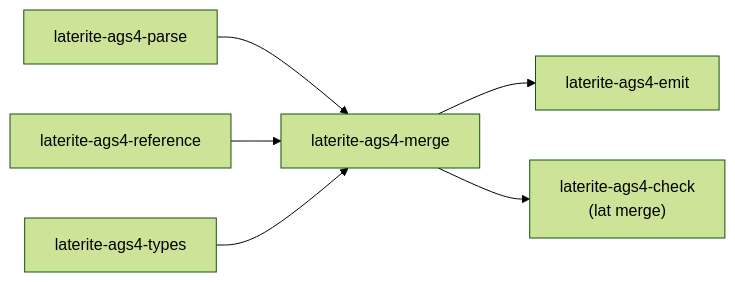
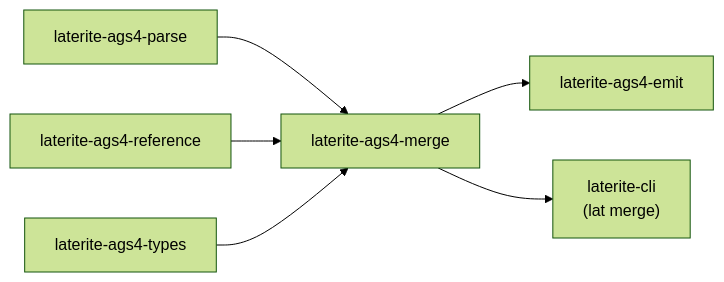
The diagram in ags-wiki/tools/laterite-ags4-merge.md (niko86/laterite), drawn with Mermaid (forest theme) before and after one commit. The commit also changed other lines of this file and 74 other files, not shown here.

First line of the commit message:
refactor(cli): the CLI crate is `laterite-cli`

````diff
--- a/ags-wiki/tools/laterite-ags4-merge.md
+++ b/ags-wiki/tools/laterite-ags4-merge.md
@@ -76,8 +76,8 @@
 ```mermaid
 flowchart LR
   parse[laterite-ags4-parse] --> merge[laterite-ags4-merge]
   ref[laterite-ags4-reference] --> merge
   types[laterite-ags4-types] --> merge
   merge --> emit[laterite-ags4-emit]
-  merge --> check["laterite-ags4-check<br/>(lat merge)"]
+  merge --> check["laterite-cli<br/>(lat merge)"]
 ```
````
